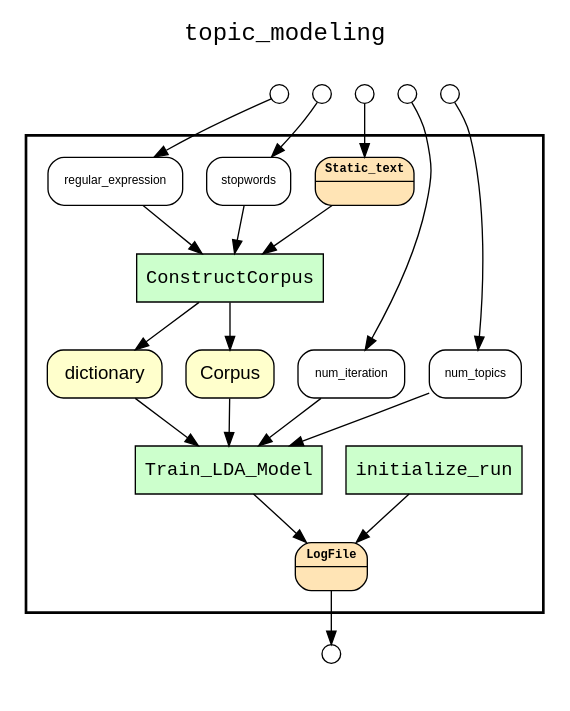
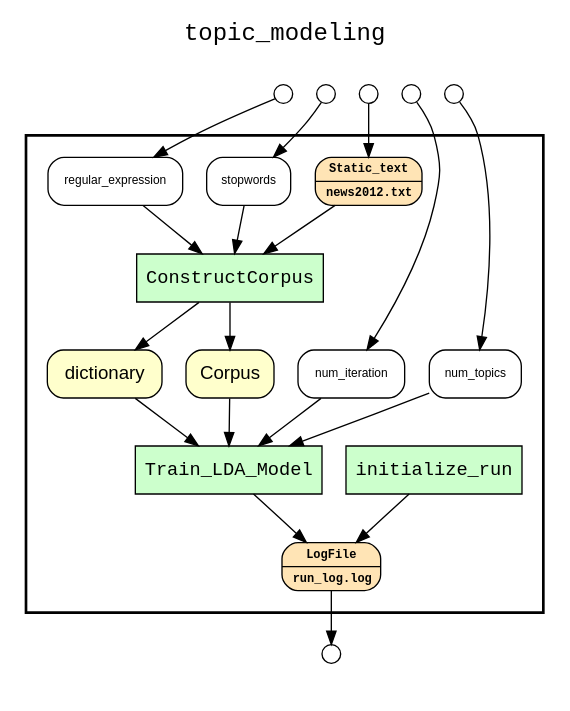
One commit to LanLi2017/yw_text-mining changed the diagram in text_mining/topic_modeling/results/wf_recon_upstream_of_LogFile.gv. Above: the diagram before and after it, drawn with Graphviz. The commit also changed 23 other files, not shown here.

```diff
--- a/text_mining/topic_modeling/results/wf_recon_upstream_of_LogFile.gv
+++ b/text_mining/topic_modeling/results/wf_recon_upstream_of_LogFile.gv
@@ -1,58 +1,58 @@
 
 digraph yw_data_view {
 rankdir=TB
 fontname=Courier; fontsize=18; labelloc=t
 label="topic_modeling"
 subgraph cluster_workflow { label=""; color=black; penwidth=2
 subgraph cluster_workflow_inner { label=""; color=white
 node[shape=box style="filled" fillcolor="#CCFFCC" peripheries=1 fontname=Courier]
 ConstructCorpus
 Train_LDA_Model
 initialize_run
 node[shape=box style="filled" fillcolor="#CCFFCC" peripheries=1 fontname=Courier]
 ConstructCorpus
 node[shape=box style="rounded,filled" fillcolor="#FFFFCC" peripheries=1 fontname=Helvetica]
 dictionary
 Corpus
 node[shape=box style="rounded,filled" fillcolor="#FFE4B5" peripheries=1 fontname="Courier-Bold" fontsize=9]
-Static_text[shape=record rankdir=LR label="{<f0> Static_text |<f1>}"]
+Static_text[shape=record rankdir=LR label="{<f0> Static_text |<f1>news2012.txt\l}"]
 node[shape=box style="rounded,filled" fillcolor="#FFE4B5" peripheries=1 fontname="Courier-Bold" fontsize=9]
-LogFile[shape=record rankdir=LR label="{<f0> LogFile |<f1>}"]
+LogFile[shape=record rankdir=LR label="{<f0> LogFile |<f1>run_log.log\l}"]
 node[shape=box style="rounded,filled" fillcolor="#FFFFFF" peripheries=1 fontname=Helvetica]
 stopwords
 regular_expression
 num_iteration
 num_topics
 }}
 subgraph cluster_inflows { label=""; color=white; penwidth=2
 subgraph cluster_inflows_inner { label=""; color=white
 node[shape=circle fillcolor="#FFFFFF" peripheries=1 width=0.2]
 Static_text_inflow [label=""]
 stopwords_inflow [label=""]
 regular_expression_inflow [label=""]
 num_iteration_inflow [label=""]
 num_topics_inflow [label=""]
 }}
 subgraph cluster_outflows { label=""; color=white; penwidth=2
 subgraph cluster_outflows_inner { label=""; color=white
 node[shape=circle fillcolor="#FFFFFF" peripheries=1 width=0.2]
 LogFile_outflow [label=""]
 }}
 num_topics -> Train_LDA_Model
 num_iteration -> Train_LDA_Model
 Corpus -> Train_LDA_Model
 dictionary -> Train_LDA_Model
 regular_expression -> ConstructCorpus
 stopwords -> ConstructCorpus
 Static_text -> ConstructCorpus
 initialize_run -> LogFile
 ConstructCorpus -> dictionary
 ConstructCorpus -> Corpus
 Train_LDA_Model -> LogFile
 Static_text_inflow -> Static_text
 stopwords_inflow -> stopwords
 regular_expression_inflow -> regular_expression
 num_iteration_inflow -> num_iteration
 num_topics_inflow -> num_topics
 LogFile -> LogFile_outflow
 }
```
